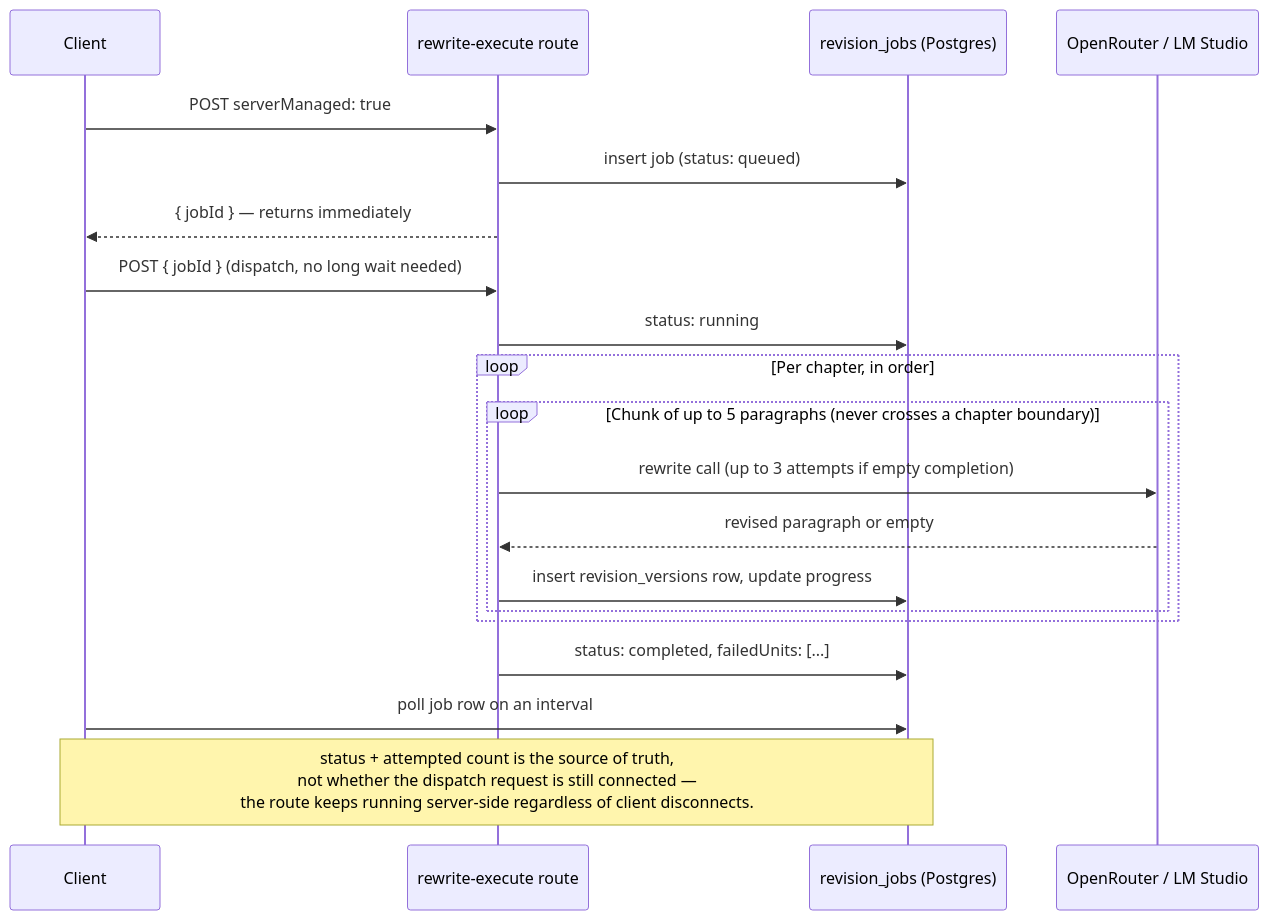
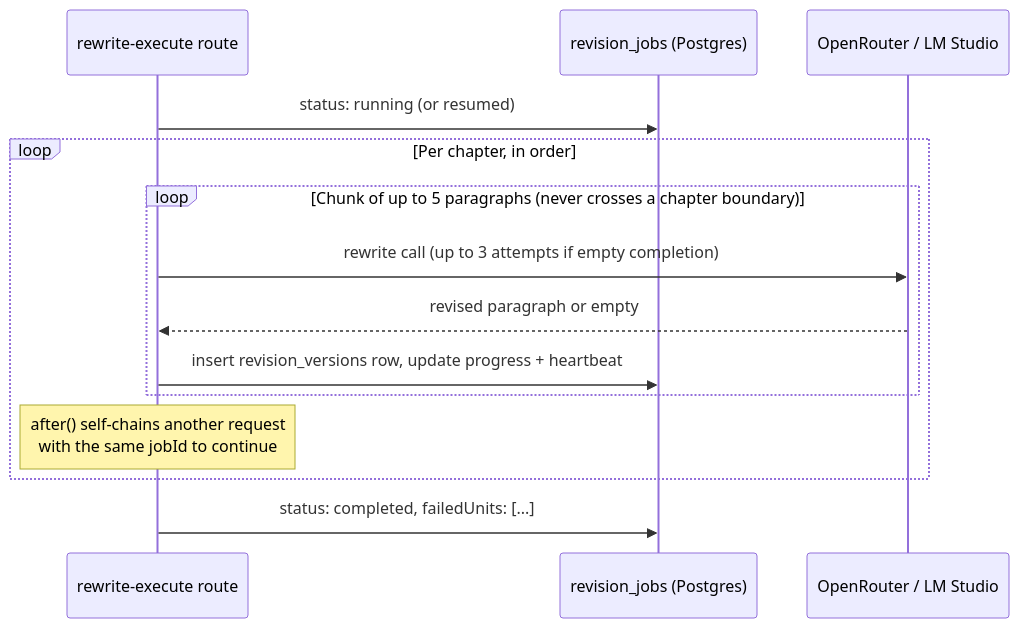
Before and after one commit to ricardojjulia/BookForge: the second of 2 diagrams in docs/ARCHITECTURE.md, drawn with Mermaid. The commit also changed other lines of this file and 51 other files, not shown here.

````diff
--- a/docs/ARCHITECTURE.md
+++ b/docs/ARCHITECTURE.md
@@ -67,25 +67,17 @@
 ```mermaid
 sequenceDiagram
-    participant Client
     participant Route as rewrite-execute route
     participant DB as revision_jobs (Postgres)
     participant LLM as OpenRouter / LM Studio
 
-    Client->>Route: POST serverManaged: true
-    Route->>DB: insert job (status: queued)
-    Route-->>Client: { jobId } — returns immediately
-
-    Client->>Route: POST { jobId } (dispatch, no long wait needed)
-    Route->>DB: status: running
+    Route->>DB: status: running (or resumed)
     loop Per chapter, in order
         loop Chunk of up to 5 paragraphs (never crosses a chapter boundary)
             Route->>LLM: rewrite call (up to 3 attempts if empty completion)
             LLM-->>Route: revised paragraph or empty
-            Route->>DB: insert revision_versions row, update progress
+            Route->>DB: insert revision_versions row, update progress + heartbeat
         end
+        Note over Route: after() self-chains another request<br/>with the same jobId to continue
     end
     Route->>DB: status: completed, failedUnits: [...]
-
-    Client->>DB: poll job row on an interval
-    Note over Client,DB: status + attempted count is the source of truth,<br/>not whether the dispatch request is still connected —<br/>the route keeps running server-side regardless of client disconnects.
 ```
````
